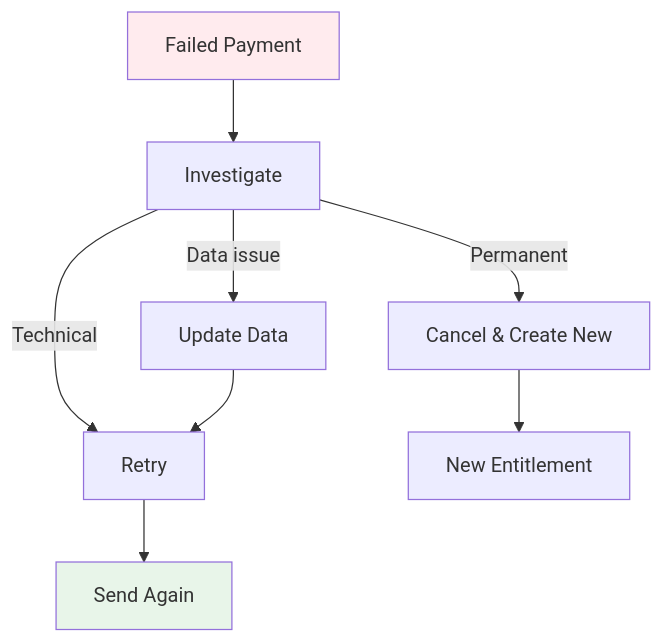
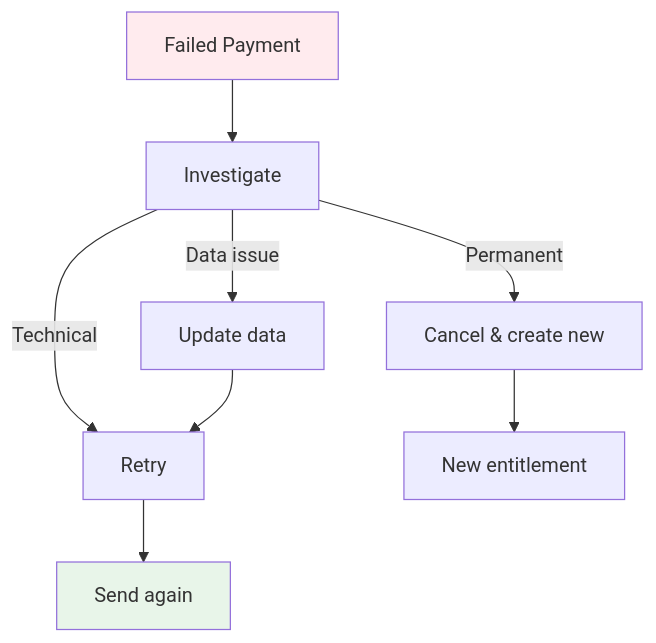
The fourth of 4 diagrams in docs/learn/concepts/payments.md (OpenSPP/documentation), drawn with Mermaid before and after one commit. The commit also changed other lines of this file and 36 other files, not shown here.

````diff
--- a/docs/learn/concepts/payments.md
+++ b/docs/learn/concepts/payments.md
@@ -231,13 +231,13 @@
 ```{mermaid}
 graph TD
     F[Failed Payment] --> I[Investigate]
-    I --> |Data issue| U[Update Data]
+    I --> |Data issue| U[Update data]
     I --> |Technical| R[Retry]
-    I --> |Permanent| C[Cancel & Create New]
+    I --> |Permanent| C[Cancel & create new]
     U --> R
-    R --> S[Send Again]
-    C --> N[New Entitlement]
+    R --> S[Send again]
+    C --> N[New entitlement]
 
     style F fill:#ffebee
     style S fill:#e8f5e9
 ```
````
